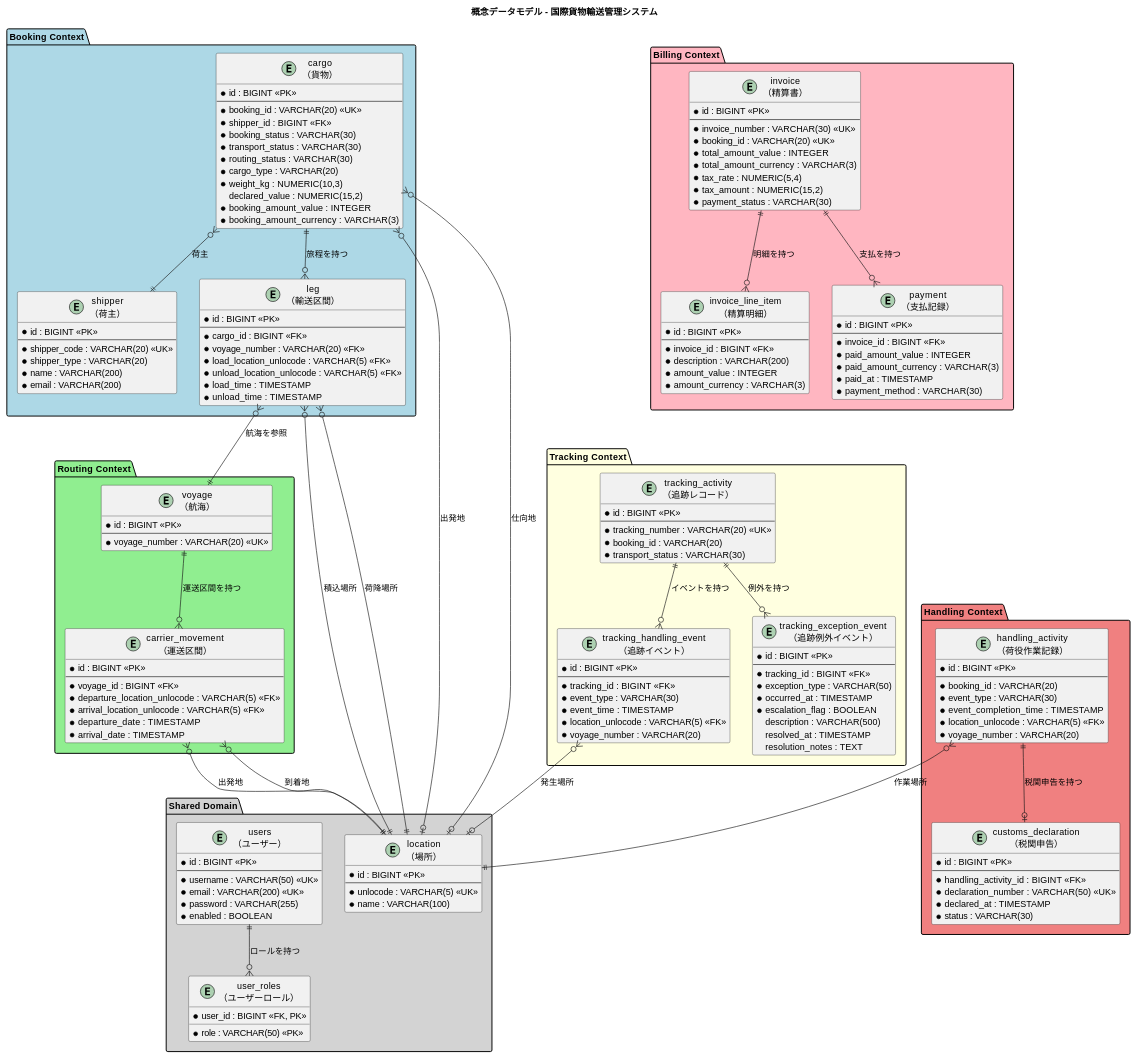
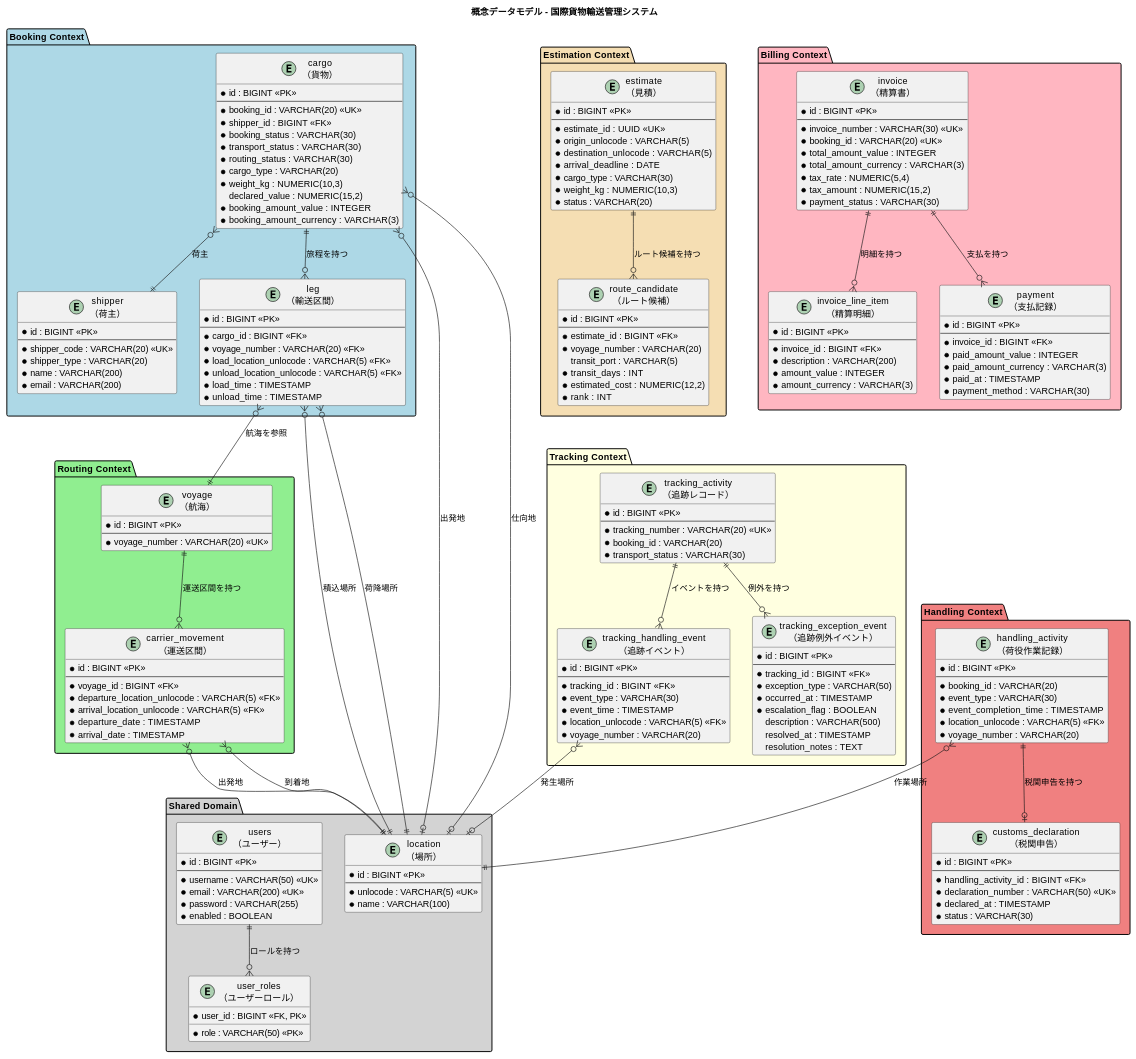
The first of 9 diagrams in docs/design/data-model.md (k2works/case-study-cargo-tracker), drawn with PlantUML before and after one commit. The commit also changed other lines of this file and 1 other file, not shown here.

Commit message:
docs(design): Estimation コンテキストのデータモデル・ドメインモデルを追加

```diff
--- a/docs/design/data-model.md
+++ b/docs/design/data-model.md
@@ -169,6 +169,31 @@
   }
 }
 
+package "Estimation Context" #wheat {
+  entity "estimate\n（見積）" as estimate {
+    * id : BIGINT <<PK>>
+    --
+    * estimate_id : UUID <<UK>>
+    * origin_unlocode : VARCHAR(5)
+    * destination_unlocode : VARCHAR(5)
+    * arrival_deadline : DATE
+    * cargo_type : VARCHAR(30)
+    * weight_kg : NUMERIC(10,3)
+    * status : VARCHAR(20)
+  }
+
+  entity "route_candidate\n（ルート候補）" as route_candidate {
+    * id : BIGINT <<PK>>
+    --
+    * estimate_id : BIGINT <<FK>>
+    * voyage_number : VARCHAR(20)
+    transit_port : VARCHAR(5)
+    * transit_days : INT
+    * estimated_cost : NUMERIC(12,2)
+    * rank : INT
+  }
+}
+
 package "Billing Context" #lightpink {
   entity "invoice\n（精算書）" as invoice {
     * id : BIGINT <<PK>>
@@ -225,6 +250,9 @@
 handling_activity ||--o| customs_declaration : "税関申告を持つ"
 handling_activity }o--|| location : "作業場所"
 
+' Estimation Context relations
+estimate ||--o{ route_candidate : "ルート候補を持つ"
+
 ' Billing Context relations
 invoice ||--o{ invoice_line_item : "明細を持つ"
 invoice ||--o{ payment : "支払を持つ"
```
